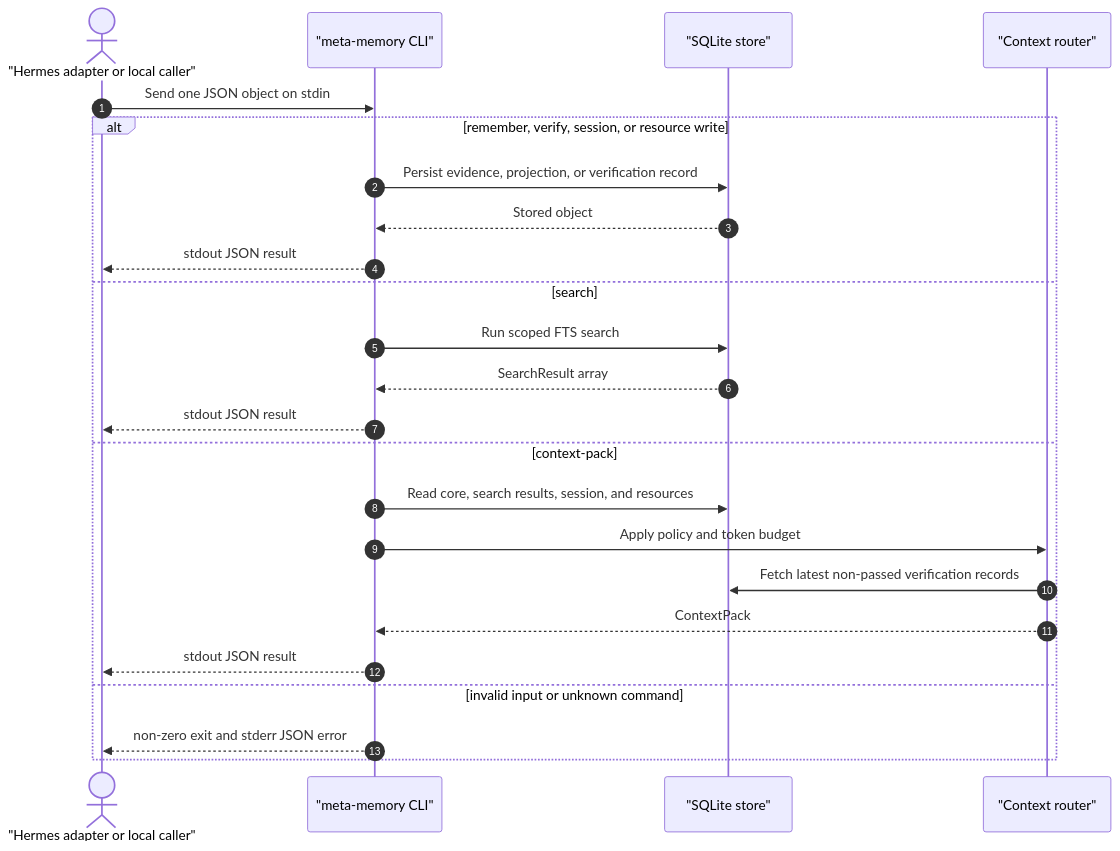
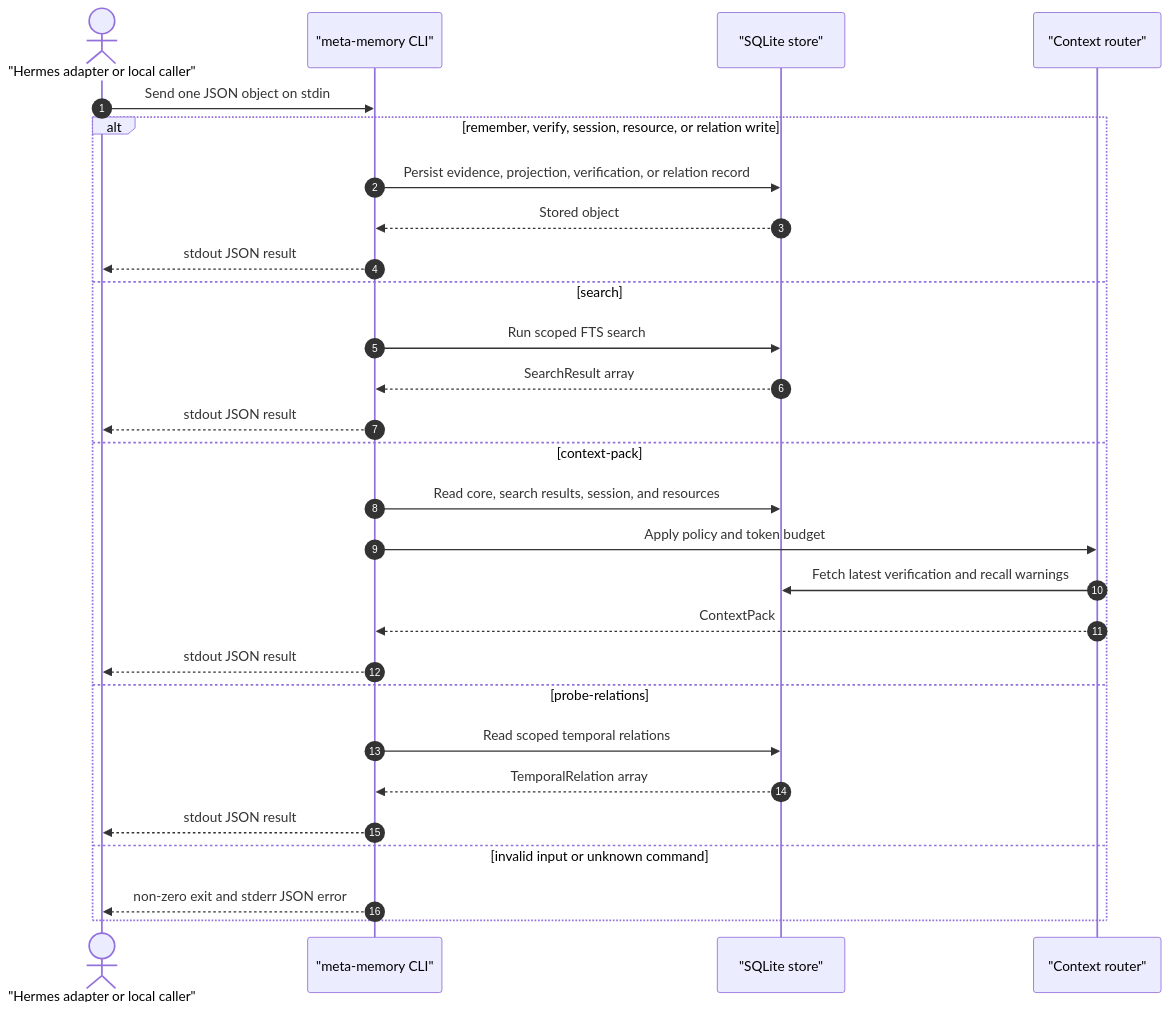
One commit to optiflow/agent-memory-os changed the diagram in apps/docs/src/content/docs/reference/cli-reference.md. Above: the diagram before and after it, drawn with Mermaid. The commit also changed other lines of this file and 30 other files, not shown here.

````diff
--- a/apps/docs/src/content/docs/reference/cli-reference.md
+++ b/apps/docs/src/content/docs/reference/cli-reference.md
@@ -11,27 +11,31 @@
 ```mermaid
 sequenceDiagram
   autonumber
   actor Caller as "Hermes adapter or local caller"
   participant CLI as "meta-memory CLI"
   participant Store as "SQLite store"
   participant Router as "Context router"
 
   Caller->>CLI: Send one JSON object on stdin
-  alt remember, verify, session, or resource write
-    CLI->>Store: Persist evidence, projection, or verification record
+  alt remember, verify, session, resource, or relation write
+    CLI->>Store: Persist evidence, projection, verification, or relation record
     Store-->>CLI: Stored object
     CLI-->>Caller: stdout JSON result
   else search
     CLI->>Store: Run scoped FTS search
     Store-->>CLI: SearchResult array
     CLI-->>Caller: stdout JSON result
   else context-pack
     CLI->>Store: Read core, search results, session, and resources
     CLI->>Router: Apply policy and token budget
-    Router->>Store: Fetch latest non-passed verification records
+    Router->>Store: Fetch latest verification and recall warnings
     Router-->>CLI: ContextPack
+    CLI-->>Caller: stdout JSON result
+  else probe-relations
+    CLI->>Store: Read scoped temporal relations
+    Store-->>CLI: TemporalRelation array
     CLI-->>Caller: stdout JSON result
   else invalid input or unknown command
     CLI-->>Caller: non-zero exit and stderr JSON error
   end
 ```
````
